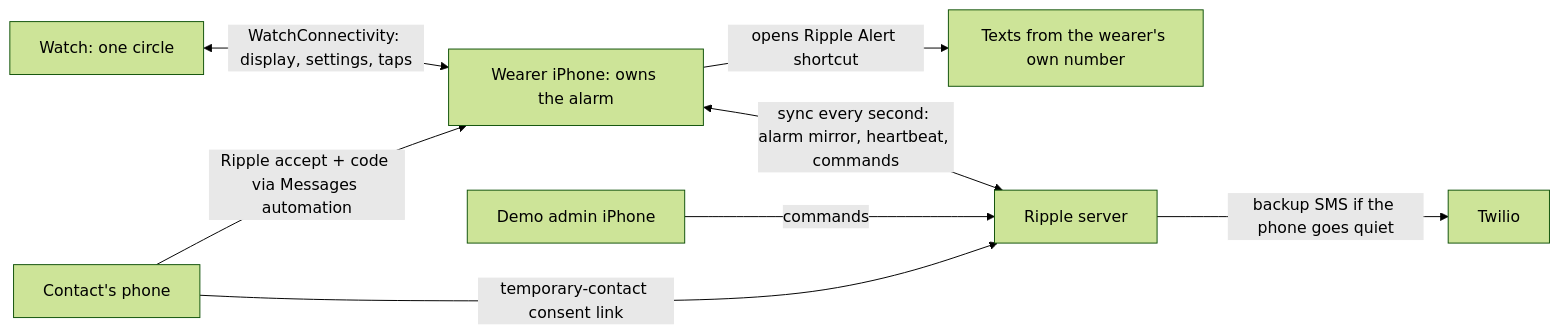
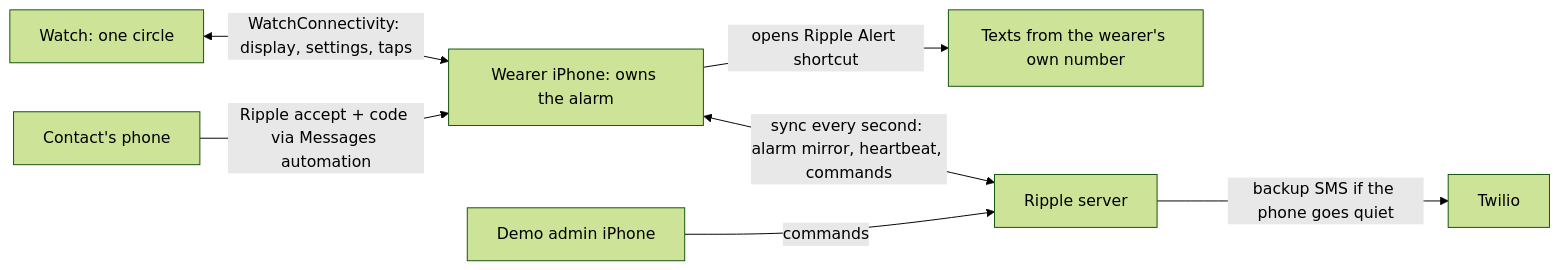
Before and after one commit to JummyJoeJackson/htv11-ripple: the diagram in docs/RUNNING.md, drawn with Mermaid (forest theme). The commit also changed other lines of this file and 31 other files, not shown here.

````diff
--- a/docs/RUNNING.md
+++ b/docs/RUNNING.md
@@ -187,10 +193,9 @@
 ```mermaid
 flowchart LR
     watch["Watch: one circle"] <-->|"WatchConnectivity: display, settings, taps"| phone["Wearer iPhone: owns the alarm"]
     phone -->|"opens Ripple Alert shortcut"| sms["Texts from the wearer's own number"]
     phone <-->|"sync every second: alarm mirror, heartbeat, commands"| api["Ripple server"]
     admin["Demo admin iPhone"] -->|commands| api
     api -->|"backup SMS if the phone goes quiet"| twilio["Twilio"]
     contact["Contact's phone"] -->|"Ripple accept + code via Messages automation"| phone
-    contact -->|"temporary-contact consent link"| api
 ```
````
